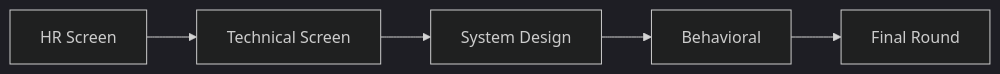
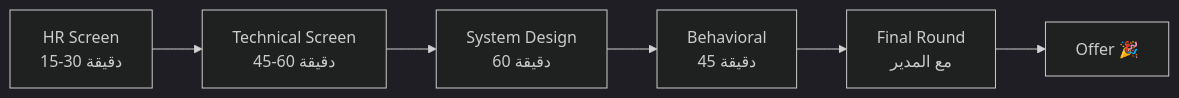
One commit to apexdataro-Fin/AEP changed the diagram in docs/lessons/32-interview/01-interview-preparation.md. Above: the diagram before and after it, drawn with Mermaid (dark theme). The commit also changed other lines of this file and 66 other files, not shown here.

````diff
--- a/docs/lessons/32-interview/01-interview-preparation.md
+++ b/docs/lessons/32-interview/01-interview-preparation.md
@@ -23,7 +23,8 @@
 ```mermaid
 graph LR
-    A[HR Screen] --> B[Technical Screen]
-    B --> C[System Design]
-    C --> D[Behavioral]
-    D --> E[Final Round]
+    A[HR Screen<br/>15-30 دقيقة] --> B[Technical Screen<br/>45-60 دقيقة]
+    B --> C[System Design<br/>60 دقيقة]
+    C --> D[Behavioral<br/>45 دقيقة]
+    D --> E[Final Round<br/>مع المدير]
+    E --> F[Offer 🎉]
 ```
````
